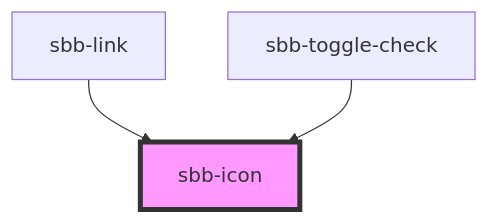
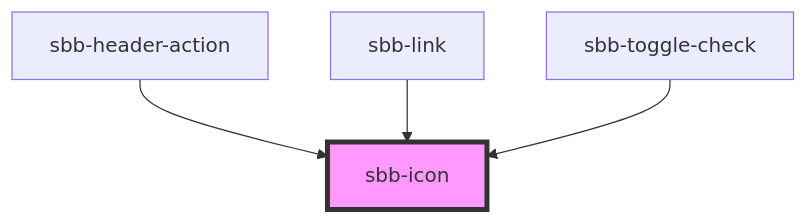
The diagram in src/components/sbb-icon/readme.md (sbb-design-systems/lyne-components), drawn with Mermaid before and after one commit. The commit also changed other lines of this file and 9 other files, not shown here.

Commit message:
feat: first implementation for sbb-header-action

````diff
--- a/src/components/sbb-icon/readme.md
+++ b/src/components/sbb-icon/readme.md
@@ -95,6 +96,7 @@
 ```mermaid
 graph TD;
+  sbb-header-action --> sbb-icon
   sbb-link --> sbb-icon
   sbb-toggle-check --> sbb-icon
   style sbb-icon fill:#f9f,stroke:#333,stroke-width:4px
 ```
````
